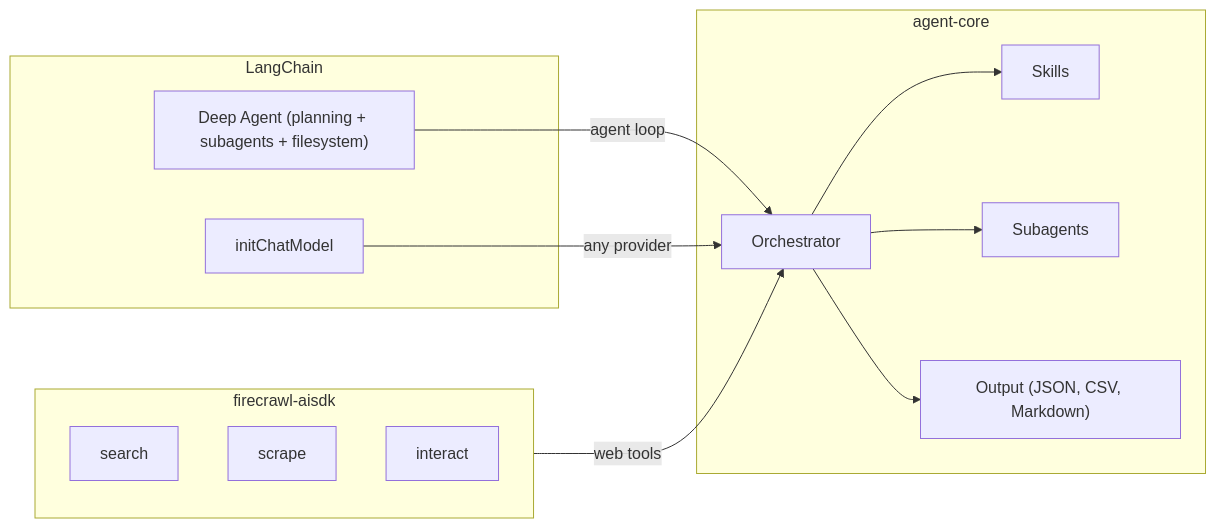
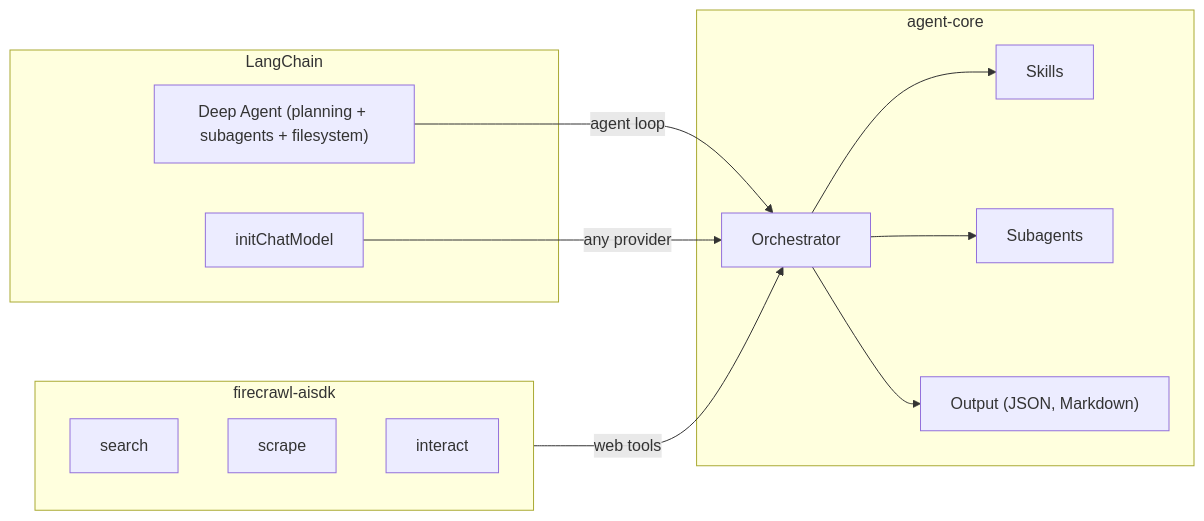
The diagram in agent-templates/express/agent-core/README.md (AliceBowRyhl/web-agent), drawn with Mermaid before and after one commit. The commit also changed other lines of this file and 7 other files, not shown here.

````diff
--- a/agent-templates/express/agent-core/README.md
+++ b/agent-templates/express/agent-core/README.md
@@ -9,27 +9,27 @@
 ```mermaid
 graph LR
     subgraph firecrawl-aisdk
         search
         scrape
         interact
     end
 
     subgraph "LangChain"
         DeepAgent["Deep Agent (planning + subagents + filesystem)"]
         ChatModel["initChatModel"]
     end
 
     subgraph agent-core
         Orchestrator
         Skills
         Agents["Subagents"]
-        Output["Output (JSON, CSV, Markdown)"]
+        Output["Output (JSON, Markdown)"]
     end
 
     firecrawl-aisdk -- "web tools" --> Orchestrator
     DeepAgent -- "agent loop" --> Orchestrator
     ChatModel -- "any provider" --> Orchestrator
     Orchestrator --> Skills
     Orchestrator --> Agents
     Orchestrator --> Output
 ```
````
